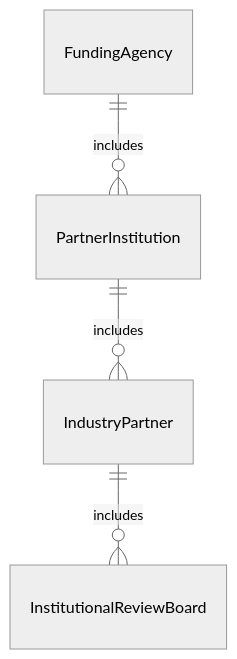
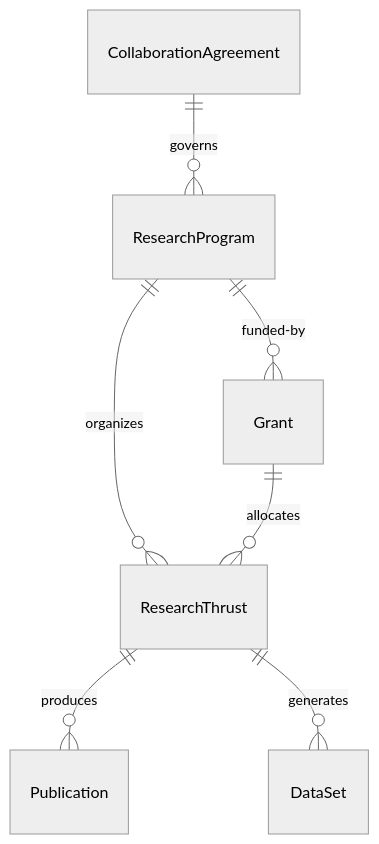
One commit to dot-org-ai/tasks.org.ai changed the first of 4 diagrams in GuidingDirectingAndMotivatingSubordinates/DirectScientificOrTechnicalActivities/CoordinateCross-disciplinaryResearchPrograms.mdx. Above: the diagram before and after it, drawn with Mermaid (neutral theme). The commit also changed other lines of this file and 515 other files, not shown here.

````diff
--- a/GuidingDirectingAndMotivatingSubordinates/DirectScientificOrTechnicalActivities/CoordinateCross-disciplinaryResearchPrograms.mdx
+++ b/GuidingDirectingAndMotivatingSubordinates/DirectScientificOrTechnicalActivities/CoordinateCross-disciplinaryResearchPrograms.mdx
@@ -88,6 +88,9 @@
 ```mermaid
 erDiagram
-    FundingAgency ||--o{ PartnerInstitution : includes
-    PartnerInstitution ||--o{ IndustryPartner : includes
-    IndustryPartner ||--o{ InstitutionalReviewBoard : includes
+    ResearchProgram ||--o{ ResearchThrust : "organizes"
+    ResearchProgram ||--o{ Grant : "funded-by"
+    Grant ||--o{ ResearchThrust : "allocates"
+    ResearchThrust ||--o{ Publication : "produces"
+    ResearchThrust ||--o{ DataSet : "generates"
+    CollaborationAgreement ||--o{ ResearchProgram : "governs"
 ```
````
